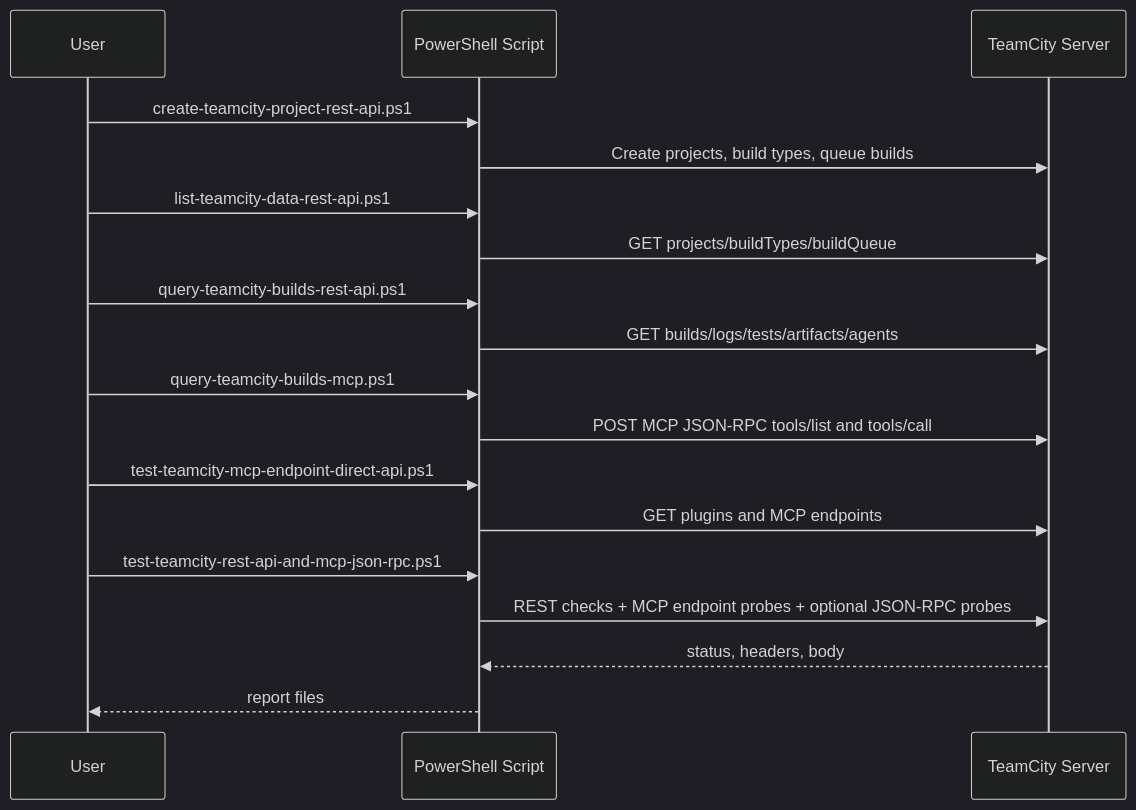
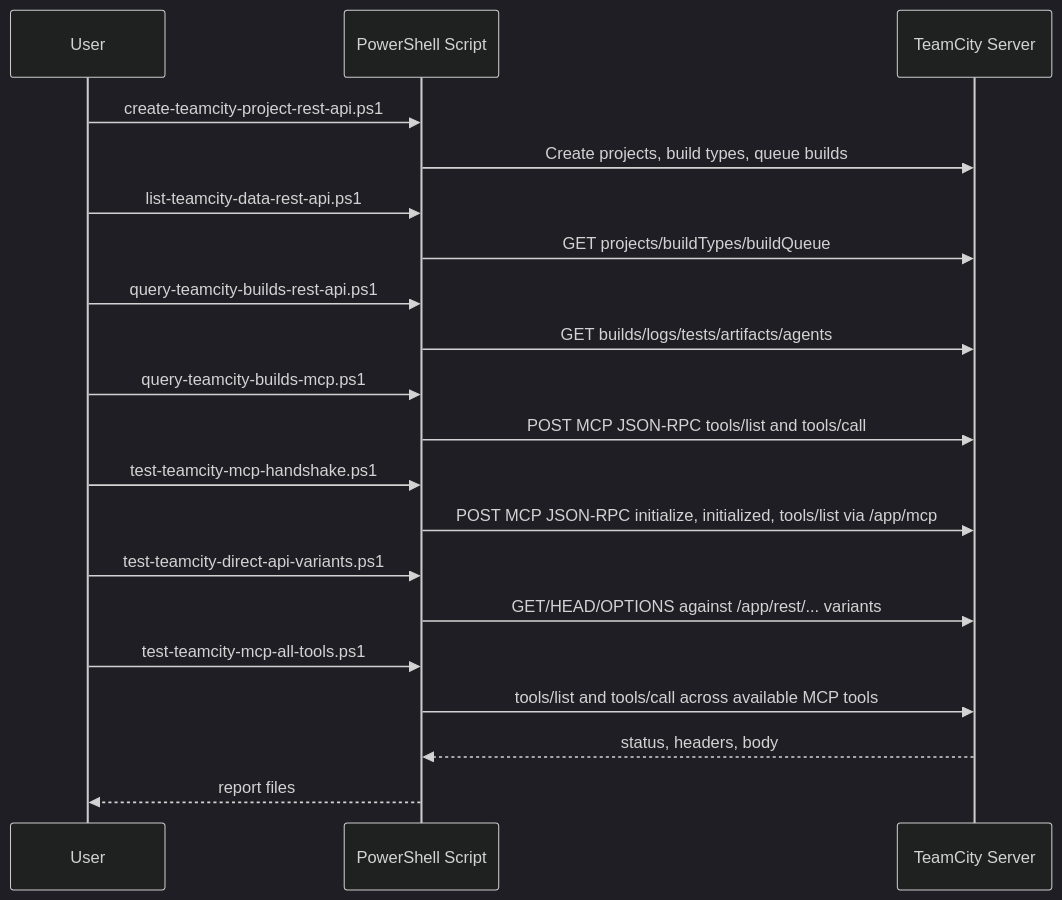
The second of 2 diagrams in README.md (RegexCore/teamcity-n8n-automation-lab), drawn with Mermaid (dark theme) before and after one commit. The commit also changed other lines of this file and 4 other files, not shown here.

First line of the commit message:
Refactor TeamCity MCP Handshake Script

````diff
--- a/README.md
+++ b/README.md
@@ -79,20 +78,22 @@
 ```mermaid
 sequenceDiagram
     participant U as User
     participant S as PowerShell Script
     participant T as TeamCity Server
   U->>S: create-teamcity-project-rest-api.ps1
     S->>T: Create projects, build types, queue builds
   U->>S: list-teamcity-data-rest-api.ps1
     S->>T: GET projects/buildTypes/buildQueue
   U->>S: query-teamcity-builds-rest-api.ps1
   S->>T: GET builds/logs/tests/artifacts/agents
   U->>S: query-teamcity-builds-mcp.ps1
   S->>T: POST MCP JSON-RPC tools/list and tools/call
-  U->>S: test-teamcity-mcp-endpoint-direct-api.ps1
-    S->>T: GET plugins and MCP endpoints
-  U->>S: test-teamcity-rest-api-and-mcp-json-rpc.ps1
-    S->>T: REST checks + MCP endpoint probes + optional JSON-RPC probes
+  U->>S: test-teamcity-mcp-handshake.ps1
+    S->>T: POST MCP JSON-RPC initialize, initialized, tools/list via /app/mcp
+  U->>S: test-teamcity-direct-api-variants.ps1
+    S->>T: GET/HEAD/OPTIONS against /app/rest/... variants
+  U->>S: test-teamcity-mcp-all-tools.ps1
+    S->>T: tools/list and tools/call across available MCP tools
     T-->>S: status, headers, body
     S-->>U: report files
 ```
````
